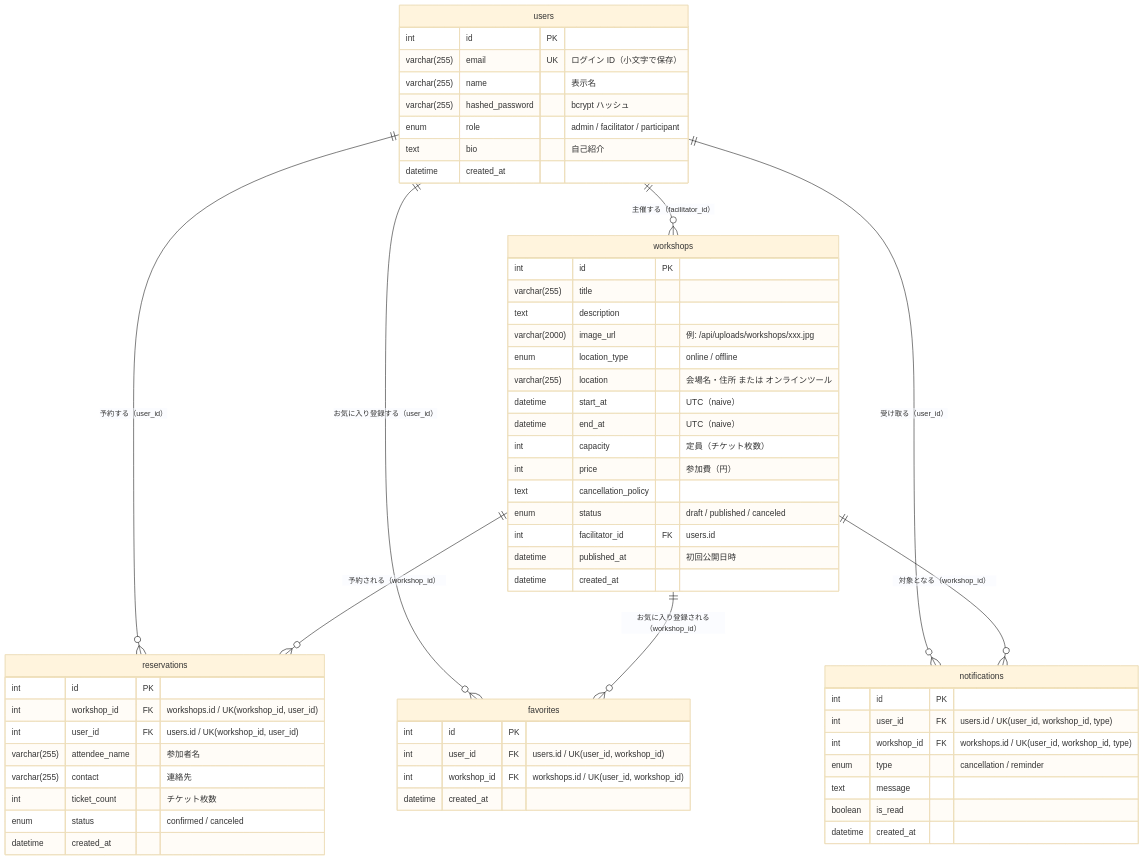
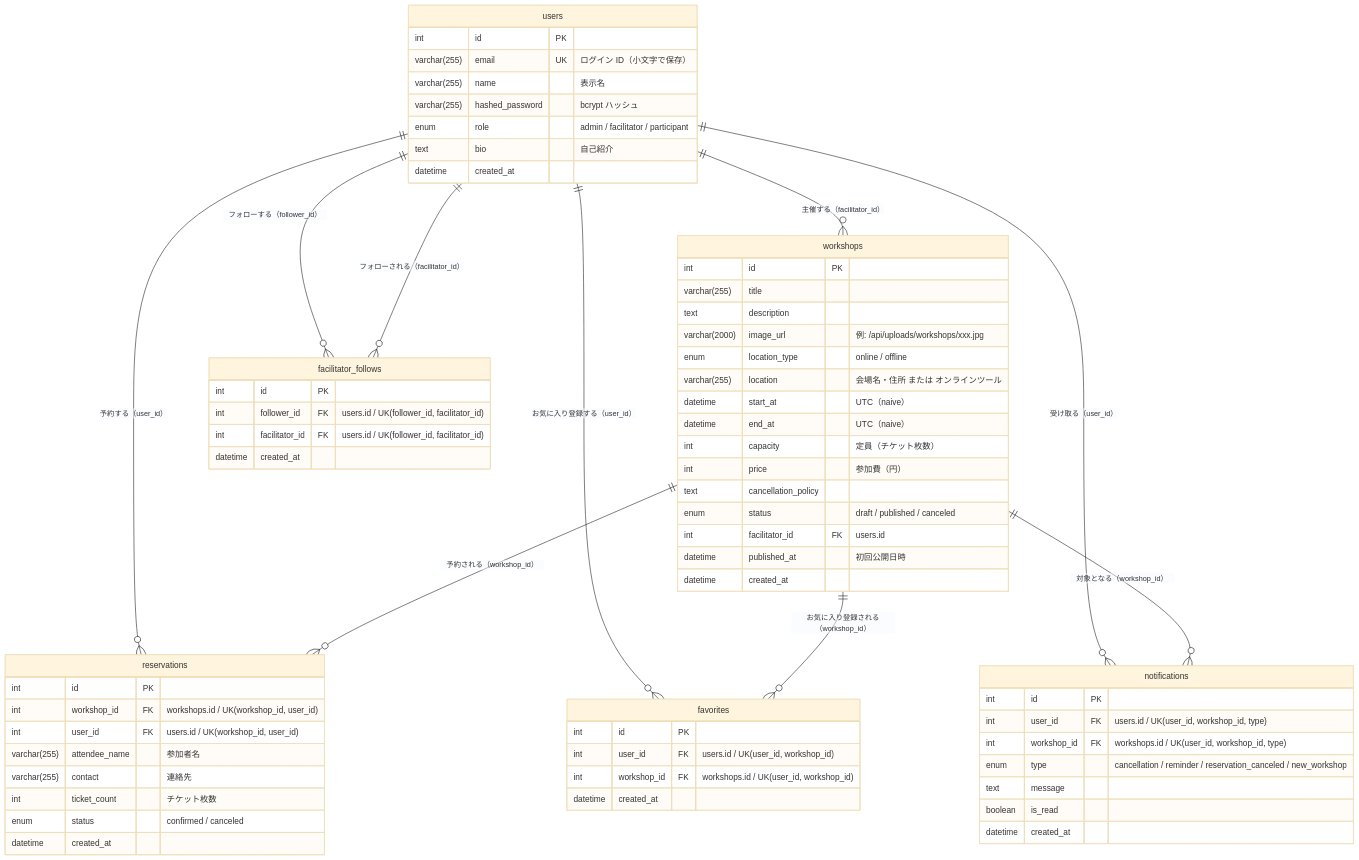
Before and after one commit to yoshi-2525/workshop-app: the diagram in docs/design/er-diagram.md, drawn with Mermaid (base theme). The commit also changed other lines of this file and 71 other files, not shown here.

````diff
--- a/docs/design/er-diagram.md
+++ b/docs/design/er-diagram.md
@@ -9,66 +11,75 @@
 ```mermaid
 erDiagram
     users ||--o{ workshops : "主催する（facilitator_id）"
     users ||--o{ reservations : "予約する（user_id）"
     workshops ||--o{ reservations : "予約される（workshop_id）"
     users ||--o{ favorites : "お気に入り登録する（user_id）"
     workshops ||--o{ favorites : "お気に入り登録される（workshop_id）"
     users ||--o{ notifications : "受け取る（user_id）"
     workshops ||--o{ notifications : "対象となる（workshop_id）"
+    users ||--o{ facilitator_follows : "フォローする（follower_id）"
+    users ||--o{ facilitator_follows : "フォローされる（facilitator_id）"
 
     users {
         int id PK
         varchar(255) email UK "ログイン ID（小文字で保存）"
         varchar(255) name "表示名"
         varchar(255) hashed_password "bcrypt ハッシュ"
         enum role "admin / facilitator / participant"
         text bio "自己紹介"
         datetime created_at
     }
 
     workshops {
         int id PK
         varchar(255) title
         text description
         varchar(2000) image_url "例: /api/uploads/workshops/xxx.jpg"
         enum location_type "online / offline"
         varchar(255) location "会場名・住所 または オンラインツール"
         datetime start_at "UTC（naive）"
         datetime end_at "UTC（naive）"
         int capacity "定員（チケット枚数）"
         int price "参加費（円）"
         text cancellation_policy
         enum status "draft / published / canceled"
         int facilitator_id FK "users.id"
         datetime published_at "初回公開日時"
         datetime created_at
     }
 
     reservations {
         int id PK
         int workshop_id FK "workshops.id / UK(workshop_id, user_id)"
         int user_id FK "users.id / UK(workshop_id, user_id)"
         varchar(255) attendee_name "参加者名"
         varchar(255) contact "連絡先"
         int ticket_count "チケット枚数"
         enum status "confirmed / canceled"
         datetime created_at
     }
 
     favorites {
         int id PK
         int user_id FK "users.id / UK(user_id, workshop_id)"
         int workshop_id FK "workshops.id / UK(user_id, workshop_id)"
         datetime created_at
     }
 
     notifications {
         int id PK
         int user_id FK "users.id / UK(user_id, workshop_id, type)"
         int workshop_id FK "workshops.id / UK(user_id, workshop_id, type)"
-        enum type "cancellation / reminder"
+        enum type "cancellation / reminder / reservation_canceled / new_workshop"
         text message
         boolean is_read
         datetime created_at
     }
+
+    facilitator_follows {
+        int id PK
+        int follower_id FK "users.id / UK(follower_id, facilitator_id)"
+        int facilitator_id FK "users.id / UK(follower_id, facilitator_id)"
+        datetime created_at
+    }
 ```
````
